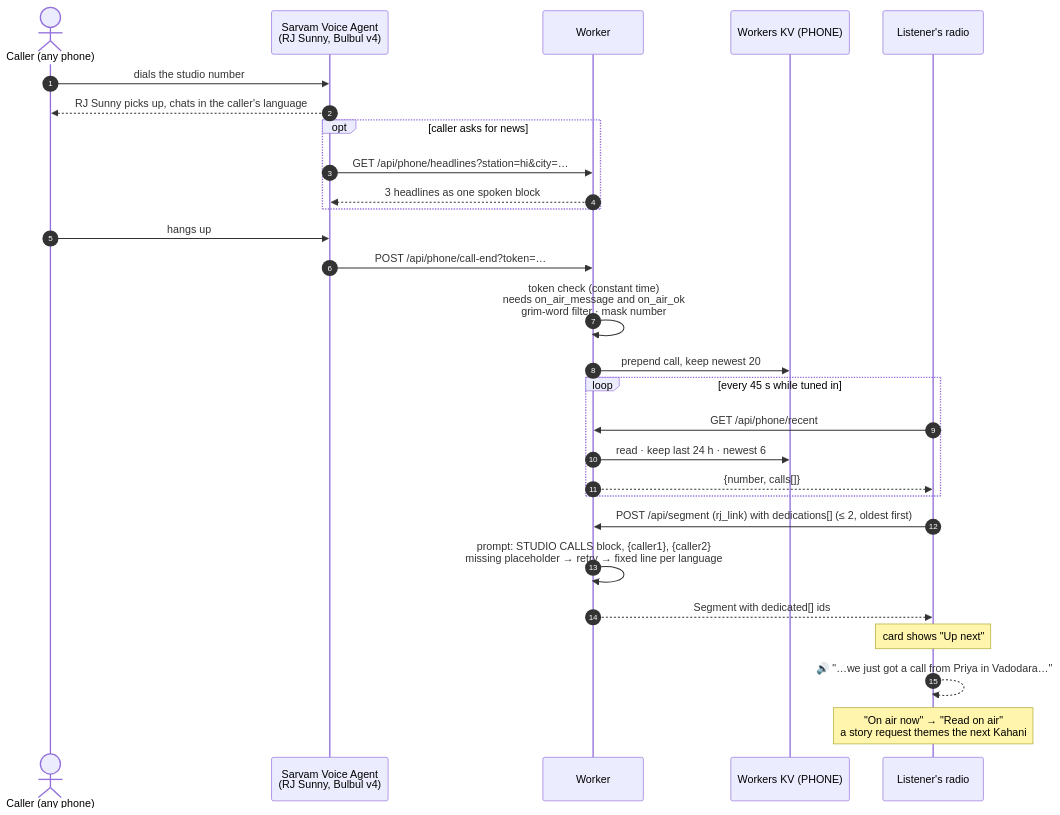
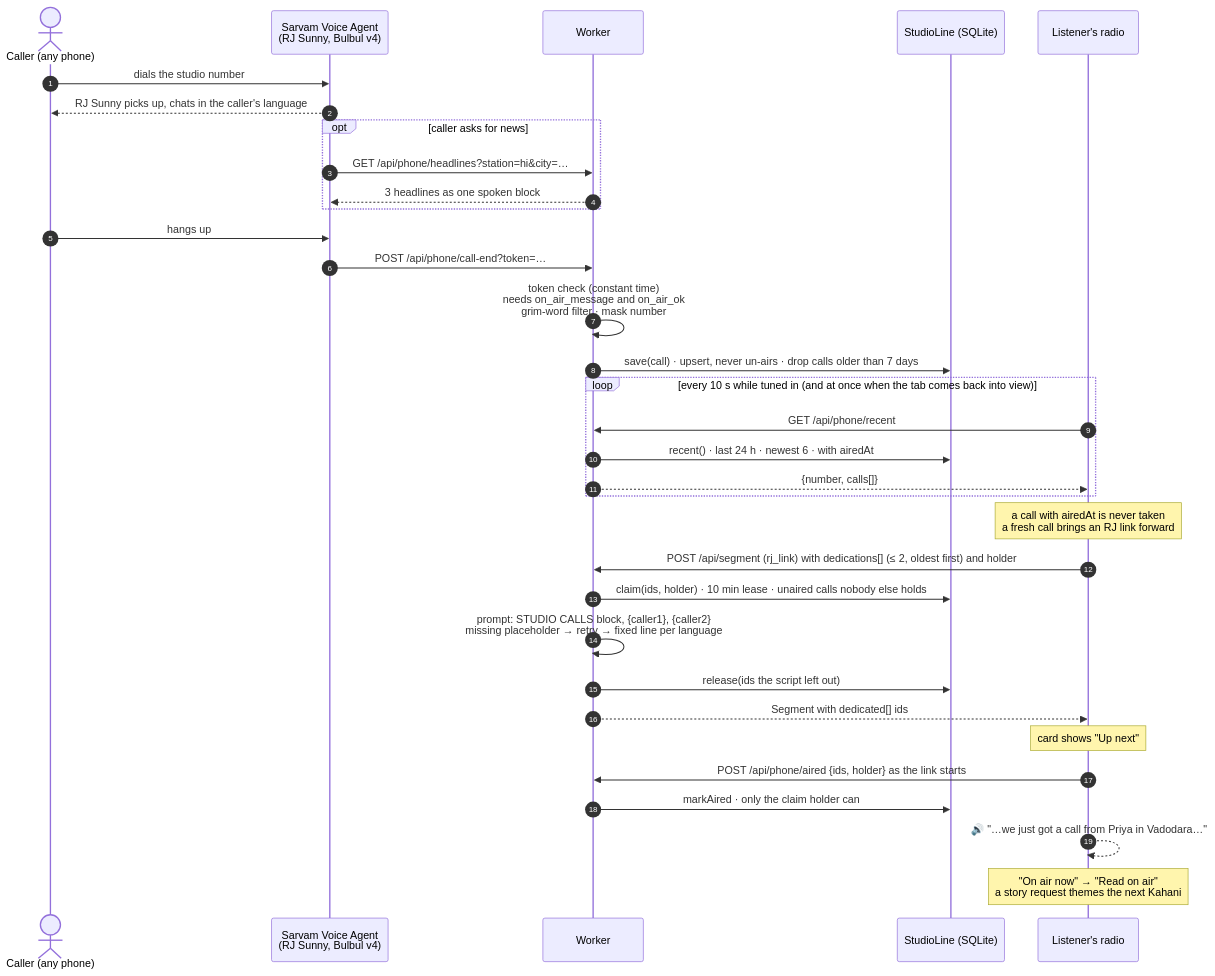
Before and after one commit to harshbhx/tarang-fm: diagram 14 of 18 in docs/ARCHITECTURE.md, drawn with Mermaid. The commit also changed other lines of this file and 18 other files, not shown here.

First line of the commit message:
feat(phone): one shared call table, so a studio call is read on air once, ever

````diff
--- a/docs/ARCHITECTURE.md
+++ b/docs/ARCHITECTURE.md
@@ -422,31 +424,36 @@
 ```mermaid
 sequenceDiagram
   autonumber
   actor P as Caller (any phone)
   participant VA as Sarvam Voice Agent<br/>(RJ Sunny, Bulbul v4)
   participant W as Worker
-  participant KV as Workers KV (PHONE)
+  participant DO as StudioLine (SQLite)
   participant C as Listener's radio
 
   P->>VA: dials the studio number
   VA-->>P: RJ Sunny picks up, chats in the caller's language
   opt caller asks for news
     VA->>W: GET /api/phone/headlines?station=hi&city=…
     W-->>VA: 3 headlines as one spoken block
   end
   P->>VA: hangs up
   VA->>W: POST /api/phone/call-end?token=…
   W->>W: token check (constant time)<br/>needs on_air_message and on_air_ok<br/>grim-word filter · mask number
-  W->>KV: prepend call, keep newest 20
-  loop every 45 s while tuned in
+  W->>DO: save(call) · upsert, never un-airs · drop calls older than 7 days
+  loop every 10 s while tuned in (and at once when the tab comes back into view)
     C->>W: GET /api/phone/recent
-    W->>KV: read · keep last 24 h · newest 6
+    W->>DO: recent() · last 24 h · newest 6 · with airedAt
     W-->>C: {number, calls[]}
   end
-  C->>W: POST /api/segment (rj_link) with dedications[] (≤ 2, oldest first)
+  Note over C: a call with airedAt is never taken<br/>a fresh call brings an RJ link forward
+  C->>W: POST /api/segment (rj_link) with dedications[] (≤ 2, oldest first) and holder
+  W->>DO: claim(ids, holder) · 10 min lease · unaired calls nobody else holds
   W->>W: prompt: STUDIO CALLS block, {caller1}, {caller2}<br/>missing placeholder → retry → fixed line per language
+  W->>DO: release(ids the script left out)
   W-->>C: Segment with dedicated[] ids
   Note over C: card shows "Up next"
+  C->>W: POST /api/phone/aired {ids, holder} as the link starts
+  W->>DO: markAired · only the claim holder can
   C-->>C: 🔊 "…we just got a call from Priya in Vadodara…"
   Note over C: "On air now" → "Read on air"<br/>a story request themes the next Kahani
 ```
````
